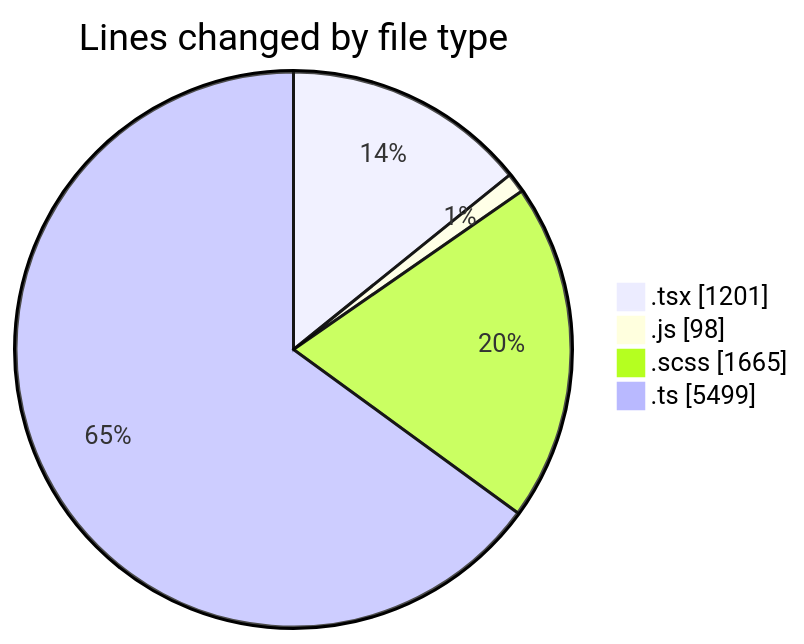
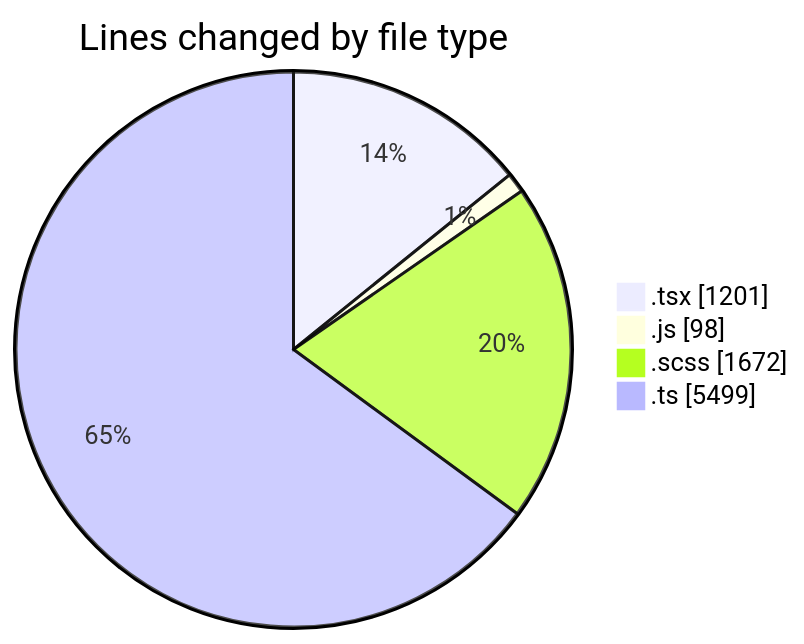
The first of 2 diagrams in 2025-03-31/cda/README.md (momahboobian/code-tracking), drawn with Mermaid before and after one commit. The commit also changed other lines of this file and 1 other file, not shown here.

````diff
--- a/2025-03-31/cda/README.md
+++ b/2025-03-31/cda/README.md
@@ -39,8 +39,8 @@
 ```mermaid
 pie showData
 title Lines changed by file type
 ".tsx" : 1201
 ".js" : 98
-".scss" : 1665
+".scss" : 1672
 ".ts" : 5499
 ```
````
